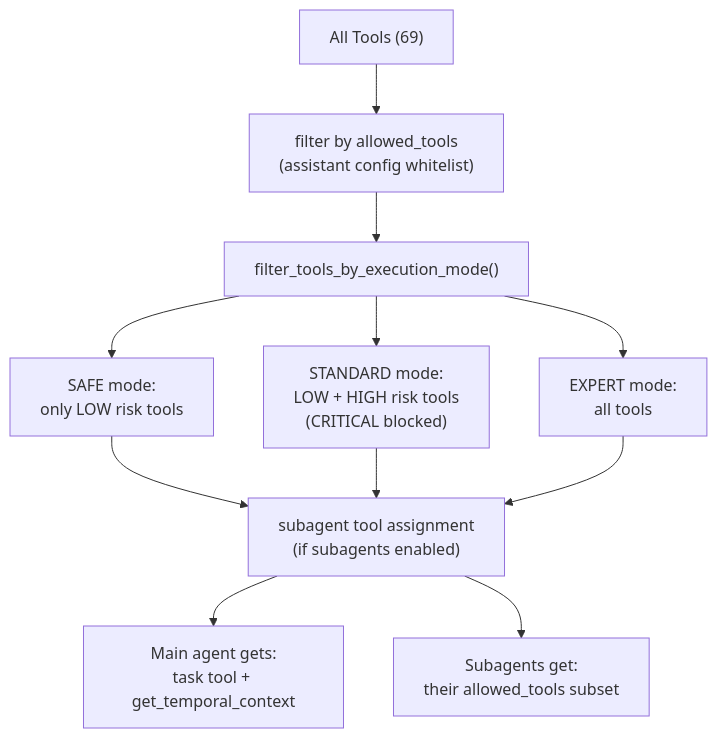
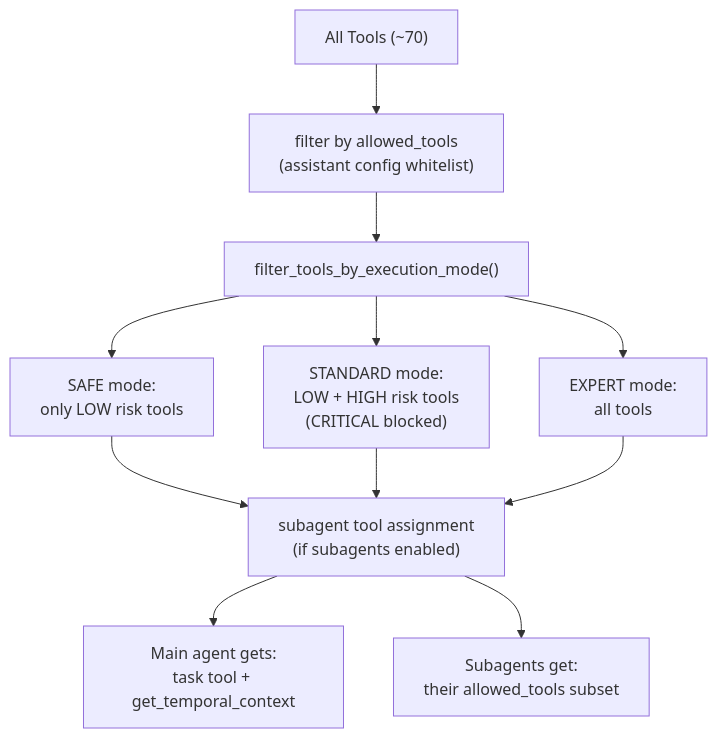
One commit to ogghst/backcast changed the second of 9 diagrams in docs/02-architecture/ai/agent-orchestration-guide.md. Above: the diagram before and after it, drawn with Mermaid. The commit also changed other lines of this file, not shown here.

First line of the commit message:
docs: fix correctness issues and simplify diagrams in agent orchestration guide

````diff
--- a/docs/02-architecture/ai/agent-orchestration-guide.md
+++ b/docs/02-architecture/ai/agent-orchestration-guide.md
@@ -158,14 +158,14 @@
 ```mermaid
 flowchart TD
-    All["All Tools (69)"]
+    All["All Tools (~70)"]
     All --> WL["filter by allowed_tools\n(assistant config whitelist)"]
     WL --> FEM["filter_tools_by_execution_mode()"]
     FEM --> SAFE["SAFE mode:\nonly LOW risk tools"]
     FEM --> STD["STANDARD mode:\nLOW + HIGH risk tools\n(CRITICAL blocked)"]
     FEM --> EXP["EXPERT mode:\nall tools"]
     SAFE --> SA["subagent tool assignment\n(if subagents enabled)"]
     STD --> SA
     EXP --> SA
     SA --> MA["Main agent gets:\ntask tool + get_temporal_context"]
     SA --> SUB["Subagents get:\ntheir allowed_tools subset"]
 ```
````
